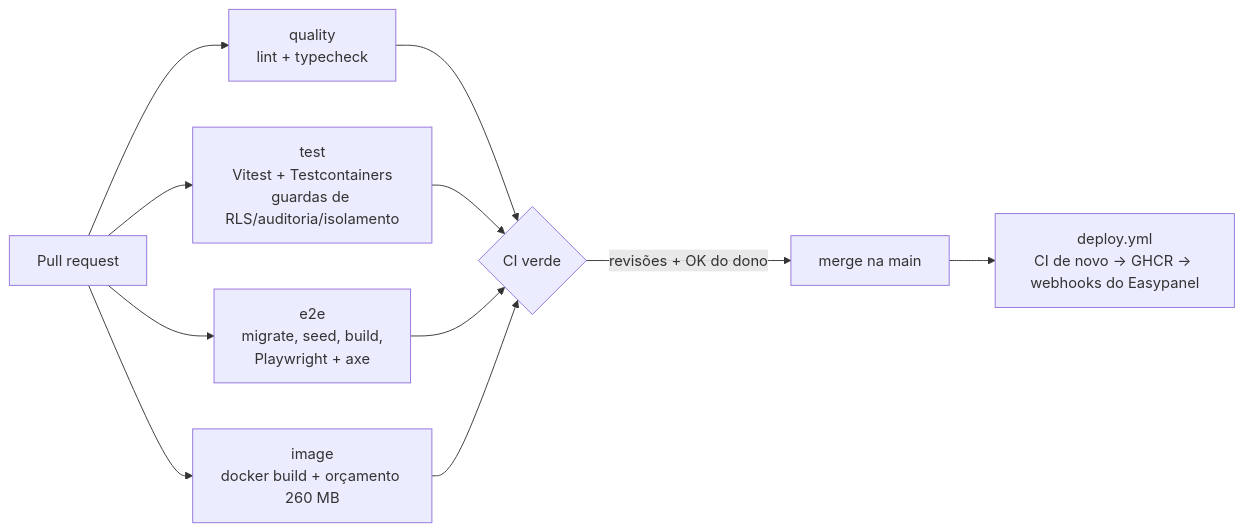
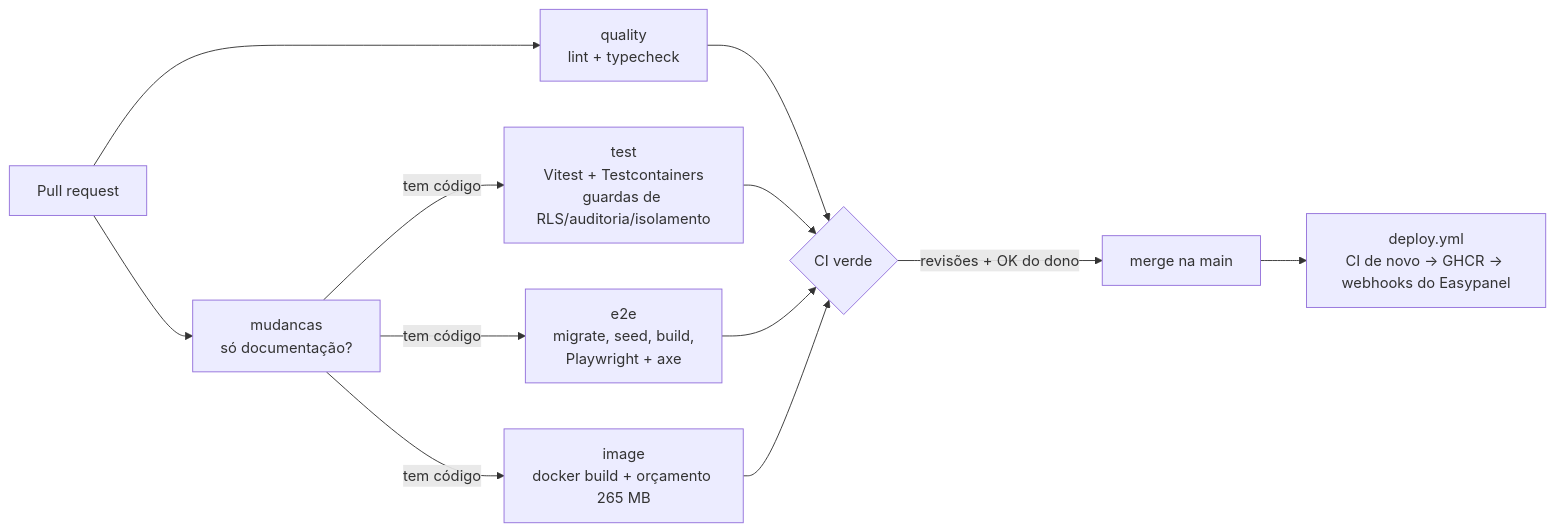
The first of 5 diagrams in docs/manual-tecnico/07-testes-qualidade-e-processo.md (fabianojp06/nutridebby), drawn with Mermaid before and after one commit. The commit also changed other lines of this file and 20 other files, not shown here.

````diff
--- a/docs/manual-tecnico/07-testes-qualidade-e-processo.md
+++ b/docs/manual-tecnico/07-testes-qualidade-e-processo.md
@@ -29,10 +29,11 @@
 ```mermaid
 flowchart LR
   PR[Pull request] --> Q[quality<br/>lint + typecheck]
-  PR --> T[test<br/>Vitest + Testcontainers<br/>guardas de RLS/auditoria/isolamento]
-  PR --> E[e2e<br/>migrate, seed, build,<br/>Playwright + axe]
-  PR --> I[image<br/>docker build + orçamento 260 MB]
+  PR --> MU[mudancas<br/>só documentação?]
+  MU -->|tem código| T[test<br/>Vitest + Testcontainers<br/>guardas de RLS/auditoria/isolamento]
+  MU -->|tem código| E[e2e<br/>migrate, seed, build,<br/>Playwright + axe]
+  MU -->|tem código| I[image<br/>docker build + orçamento 265 MB]
   Q & T & E & I --> V{CI verde}
   V -->|revisões + OK do dono| M[merge na main]
   M --> D[deploy.yml<br/>CI de novo → GHCR → webhooks do Easypanel]
 ```
````
